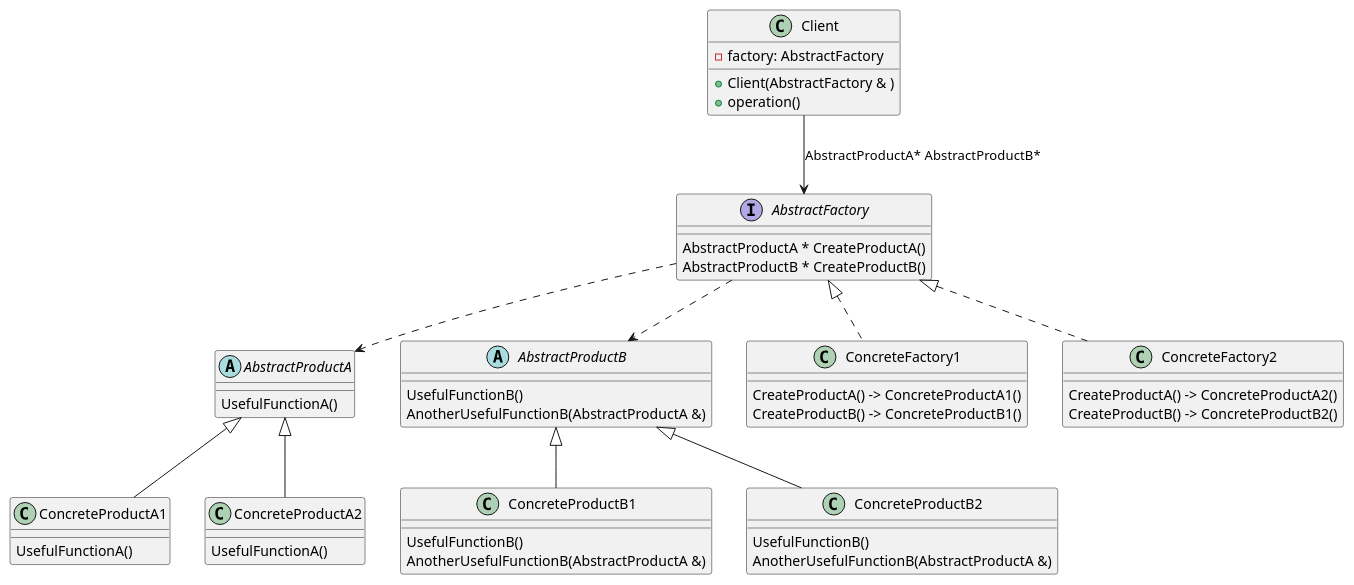
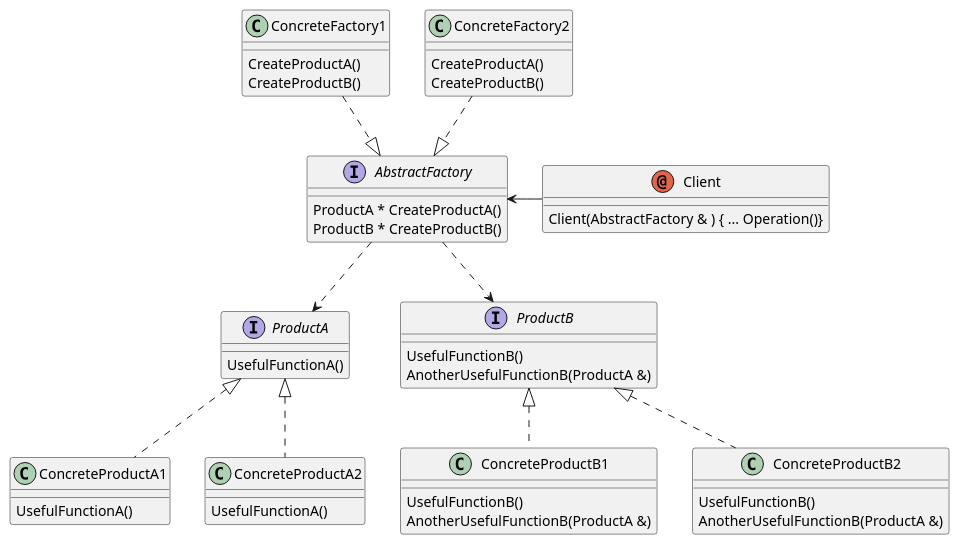
The diagram in dev_demo/designPattern/abstractFactory/abstractFactory.puml (alphajayGithub/devDemos), drawn with PlantUML before and after one commit. The commit also changed 17 other files, not shown here.

```diff
--- a/dev_demo/designPattern/abstractFactory/abstractFactory.puml
+++ b/dev_demo/designPattern/abstractFactory/abstractFactory.puml
@@ -1,53 +1,50 @@
 @startuml
 
-AbstractProductA <|-- ConcreteProductA1
-AbstractProductA <|-- ConcreteProductA2
+ProductA <|.. ConcreteProductA1
+ProductA <|.. ConcreteProductA2
 
-AbstractProductB <|-- ConcreteProductB1
-AbstractProductB <|-- ConcreteProductB2
+ProductB <|.. ConcreteProductB1
+ProductB <|.. ConcreteProductB2
 
 
-abstract AbstractProductA{
+interface ProductA{
   UsefulFunctionA()
 }
 
-abstract AbstractProductB{
+interface ProductB{
   UsefulFunctionB()
-  AnotherUsefulFunctionB(AbstractProductA &)
+  AnotherUsefulFunctionB(ProductA &)
 }
 
 ConcreteProductA1 : UsefulFunctionA()
 ConcreteProductA2 : UsefulFunctionA()
 
 ConcreteProductB1 : UsefulFunctionB()
-ConcreteProductB1 : AnotherUsefulFunctionB(AbstractProductA &)
+ConcreteProductB1 : AnotherUsefulFunctionB(ProductA &)
 
 ConcreteProductB2 : UsefulFunctionB()
-ConcreteProductB2 : AnotherUsefulFunctionB(AbstractProductA &)
+ConcreteProductB2 : AnotherUsefulFunctionB(ProductA &)
 
-AbstractFactory <|.. ConcreteFactory1
-AbstractFactory <|.. ConcreteFactory2
-AbstractFactory ..> AbstractProductA
-AbstractFactory ..> AbstractProductB
+ConcreteFactory1 ..|> AbstractFactory
+ConcreteFactory2 ..|> AbstractFactory
+AbstractFactory ..> ProductA
+AbstractFactory ..> ProductB
 
 interface AbstractFactory{
-  AbstractProductA * CreateProductA()
-  AbstractProductB * CreateProductB()
+  ProductA * CreateProductA()
+  ProductB * CreateProductB()
 }
-ConcreteFactory1 : CreateProductA() -> ConcreteProductA1()
-ConcreteFactory1 : CreateProductB() -> ConcreteProductB1()
+ConcreteFactory1 : CreateProductA()
+ConcreteFactory1 : CreateProductB()
 
-ConcreteFactory2 : CreateProductA() -> ConcreteProductA2()
-ConcreteFactory2 : CreateProductB() -> ConcreteProductB2()
+ConcreteFactory2 : CreateProductA()
+ConcreteFactory2 : CreateProductB()
 
 
-Client -down-> AbstractFactory: AbstractProductA*  AbstractProductB*
+Client -left-> AbstractFactory
 
-class Client{
-    - factory: AbstractFactory
-    + Client(AbstractFactory & )
-    + operation()
-
+annotation Client{
+    Client(AbstractFactory & ) { ... Operation()}
 }
 
 @enduml
```
